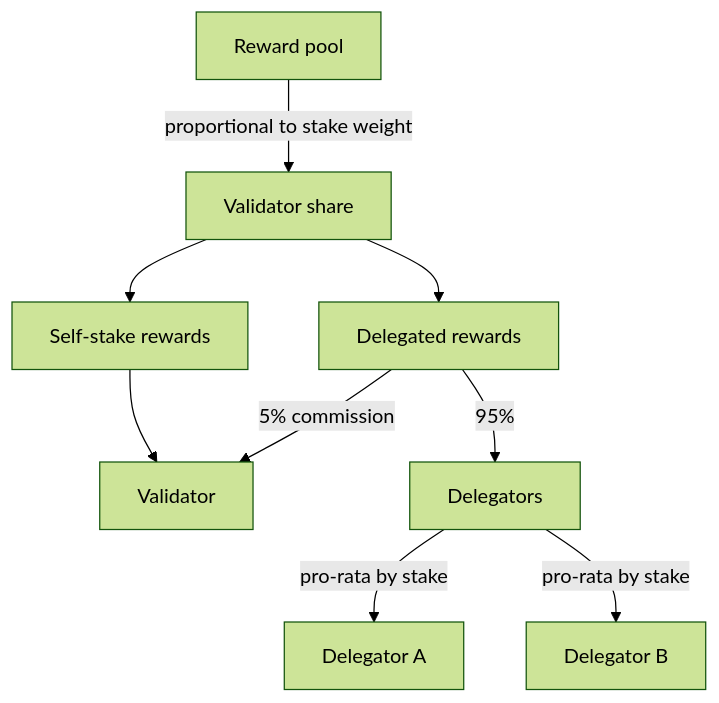
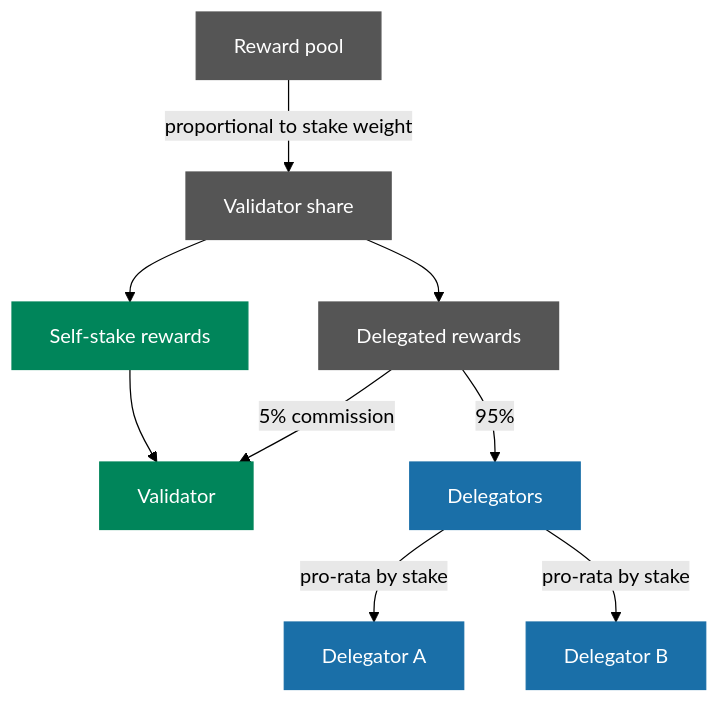
One commit to safe-fndn/safe-docs changed the diagram in safenet/staking/rewards.mdx. Above: the diagram before and after it, drawn with Mermaid (forest theme). The commit also changed 1 other file, not shown here.

Commit message:
Color mermaids

````diff
--- a/safenet/staking/rewards.mdx
+++ b/safenet/staking/rewards.mdx
@@ -42,11 +42,15 @@
 ```mermaid
 flowchart TD
-    R[Reward pool] -->|proportional to stake weight| V[Validator share]
-    V --> RS[Self-stake rewards]
-    V --> RD[Delegated rewards]
-    RS --> Val[Validator]
+    classDef neutral  fill:#555555,stroke:#555555,color:#ffffff
+    classDef green    fill:#00855a,stroke:#00855a,color:#ffffff
+    classDef blue     fill:#1a6fa8,stroke:#1a6fa8,color:#ffffff
+
+    R[Reward pool]:::neutral -->|proportional to stake weight| V[Validator share]:::neutral
+    V --> RS[Self-stake rewards]:::green
+    V --> RD[Delegated rewards]:::neutral
+    RS --> Val[Validator]:::green
     RD -->|5% commission| Val
-    RD -->|95%| Dels[Delegators]
-    Dels -->|pro-rata by stake| D1[Delegator A]
-    Dels -->|pro-rata by stake| D2[Delegator B]
+    RD -->|95%| Dels[Delegators]:::blue
+    Dels -->|pro-rata by stake| D1[Delegator A]:::blue
+    Dels -->|pro-rata by stake| D2[Delegator B]:::blue
 ```
````
